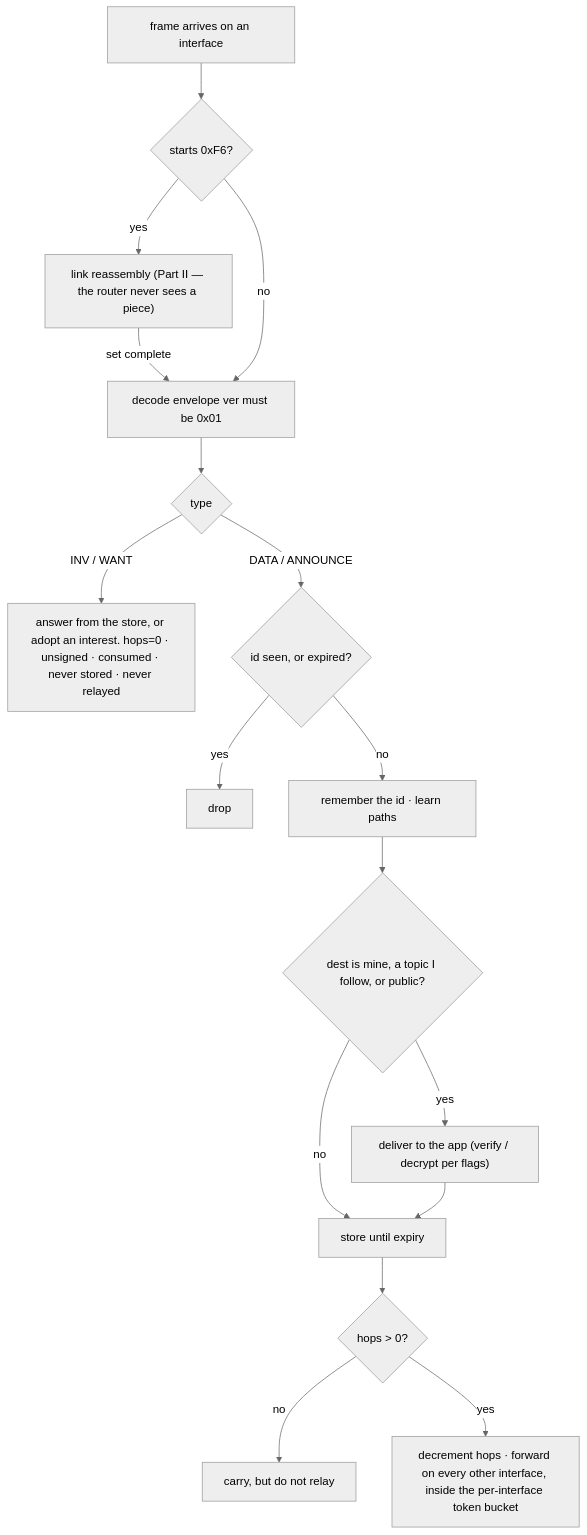
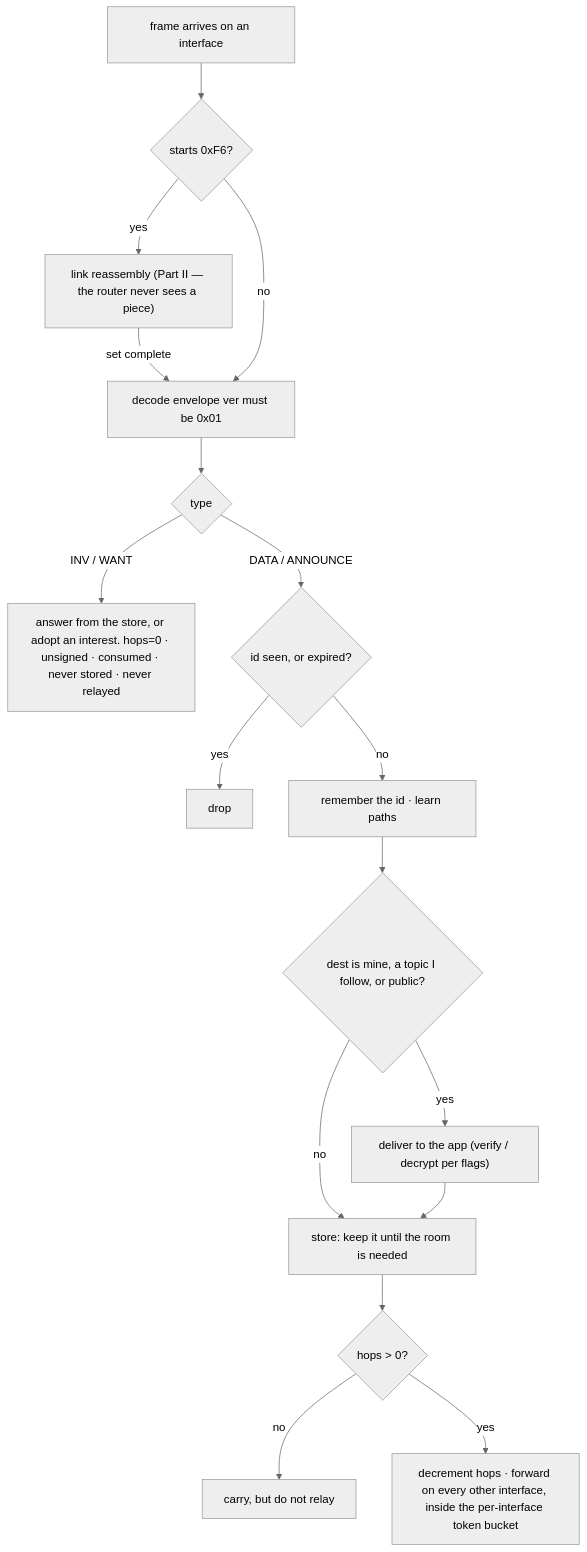
Before and after one commit to sloev/spore: the third of 7 diagrams in docs/SPEC.md, drawn with Mermaid (neutral theme). The commit also changed other lines of this file and 28 other files, not shown here.

````diff
--- a/docs/SPEC.md
+++ b/docs/SPEC.md
@@ -243,19 +250,19 @@
 ```mermaid
 flowchart TB
   RX["frame arrives on an interface"] --> FRAG{"starts 0xF6?"}
   FRAG -->|yes| REASM["link reassembly (Part II — the router never sees a piece)"]
   REASM -->|"set complete"| DEC
   FRAG -->|no| DEC["decode envelope ver must be 0x01"]
   DEC --> CTRL{"type"}
   CTRL -->|"INV / WANT"| CONSUME["answer from the store, or adopt an interest. hops=0 · unsigned · consumed · never stored · never relayed"]
   CTRL -->|"DATA / ANNOUNCE"| SEEN{"id seen, or expired?"}
   SEEN -->|yes| DROP["drop"]
   SEEN -->|no| MARK["remember the id · learn paths"]
   MARK --> MINE{"dest is mine, a topic I follow, or public?"}
   MINE -->|yes| DELIVER["deliver to the app (verify / decrypt per flags)"]
   MINE -->|no| STORE
-  DELIVER --> STORE["store until expiry"]
+  DELIVER --> STORE["store: keep it until the room is needed"]
   STORE --> HOPS{"hops > 0?"}
   HOPS -->|no| STOP["carry, but do not relay"]
   HOPS -->|yes| FWD["decrement hops · forward on every other interface, inside the per-interface token bucket"]
 ```
````
